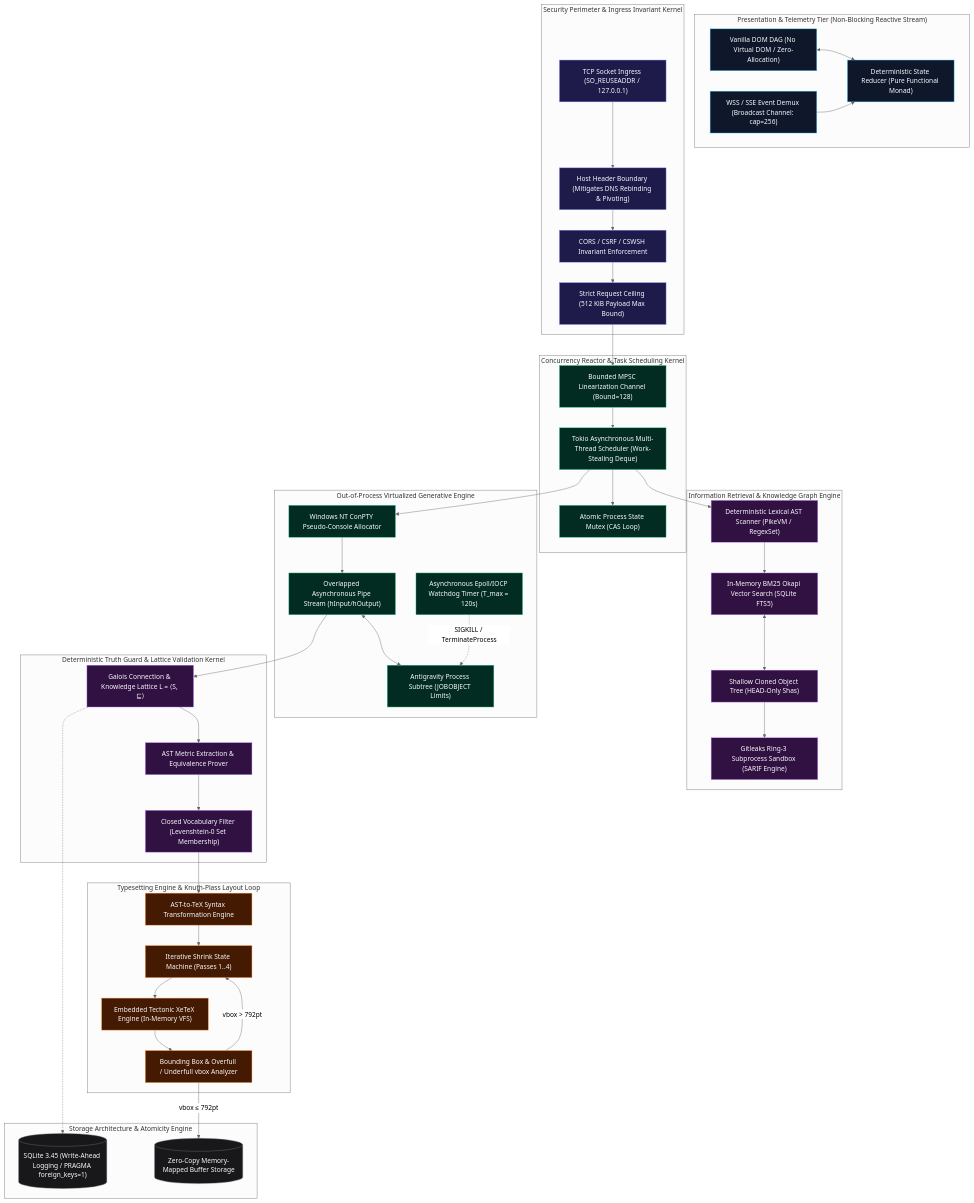
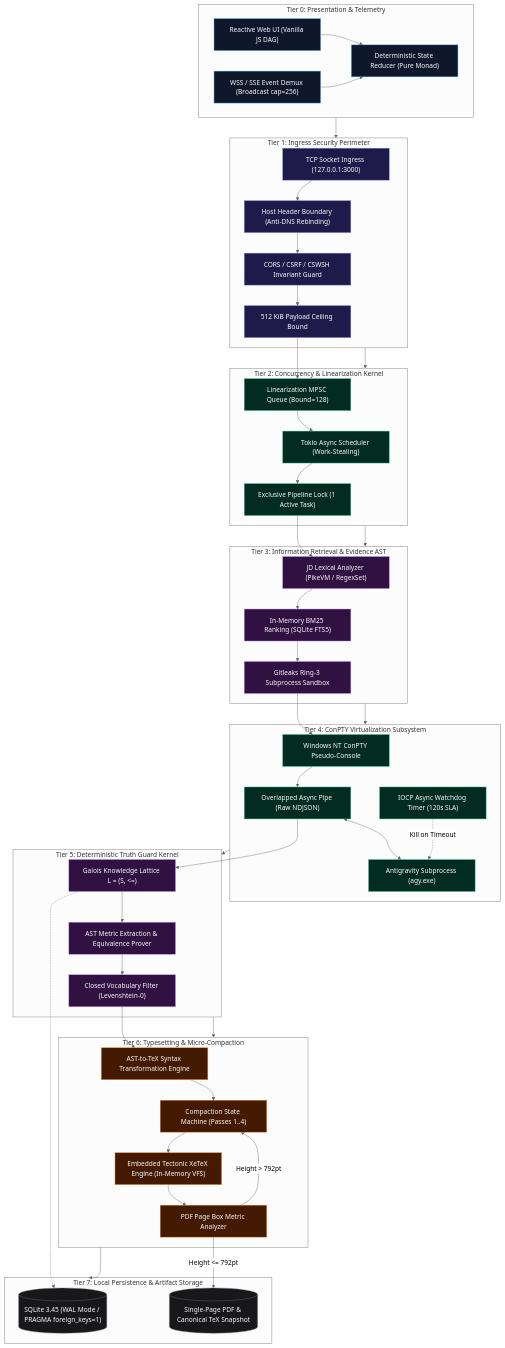
Before and after one commit to DevKano98/ResumeForge: the first of 6 diagrams in README.md, drawn with Mermaid (neutral theme). The commit also changed other lines of this file, not shown here.

Commit message:
docs: restructure all Mermaid diagrams into vertical mobile-first pipelines with ASCII labels

````diff
--- a/README.md
+++ b/README.md
@@ -12,75 +12,80 @@
 ```mermaid
 flowchart TD
     classDef client fill:#0f172a,stroke:#38bdf8,stroke-width:1px,color:#f8fafc;
     classDef ingress fill:#1e1b4b,stroke:#818cf8,stroke-width:1px,color:#f8fafc;
     classDef runtime fill:#022c22,stroke:#34d399,stroke-width:1px,color:#f8fafc;
     classDef engine fill:#311042,stroke:#c084fc,stroke-width:1px,color:#f8fafc;
     classDef typeset fill:#451a03,stroke:#fb923c,stroke-width:1px,color:#f8fafc;
     classDef storage fill:#18181b,stroke:#71717a,stroke-width:1px,color:#f8fafc;
 
-    subgraph Tier0 ["Presentation & Telemetry Tier (Non-Blocking Reactive Stream)"]
-        SPA["Vanilla DOM DAG (No Virtual DOM / Zero-Allocation)"]:::client
-        SSEBus["WSS / SSE Event Demux (Broadcast Channel: cap=256)"]:::client
-        Reducer["Deterministic State Reducer (Pure Functional Monad)"]:::client
-        SPA <--> Reducer
-        SSEBus --> Reducer
+    subgraph T0 ["Tier 0: Presentation & Telemetry"]
+        UI["Reactive Web UI (Vanilla JS DAG)"]:::client
+        SSE["WSS / SSE Event Demux (Broadcast cap=256)"]:::client
+        Reducer["Deterministic State Reducer (Pure Monad)"]:::client
+        UI --> Reducer
+        SSE --> Reducer
     end
 
-    subgraph Tier1 ["Security Perimeter & Ingress Invariant Kernel"]
-        SocketIngress["TCP Socket Ingress (SO_REUSEADDR / 127.0.0.1)"]:::ingress
-        HostValidation["Host Header Boundary (Mitigates DNS Rebinding & Pivoting)"]:::ingress
-        OriginVerification["CORS / CSRF / CSWSH Invariant Enforcement"]:::ingress
-        BufferFloor["Strict Request Ceiling (512 KiB Payload Max Bound)"]:::ingress
-        SocketIngress --> HostValidation --> OriginVerification --> BufferFloor
+    subgraph T1 ["Tier 1: Ingress Security Perimeter"]
+        Ingress["TCP Socket Ingress (127.0.0.1:3000)"]:::ingress
+        HostCheck["Host Header Boundary (Anti-DNS Rebinding)"]:::ingress
+        OriginCheck["CORS / CSRF / CSWSH Invariant Guard"]:::ingress
+        Ceiling["512 KiB Payload Ceiling Bound"]:::ingress
+        Ingress --> HostCheck --> OriginCheck --> Ceiling
     end
 
-    subgraph Tier2 ["Concurrency Reactor & Task Scheduling Kernel"]
-        WorkerPool["Tokio Asynchronous Multi-Thread Scheduler (Work-Stealing Deque)"]:::runtime
-        FIFOQueue["Bounded MPSC Linearization Channel (Bound=128)"]:::runtime
-        LockFreeMut["Atomic Process State Mutex (CAS Loop)"]:::runtime
-        BufferFloor --> FIFOQueue --> WorkerPool --> LockFreeMut
+    subgraph T2 ["Tier 2: Concurrency & Linearization Kernel"]
+        WorkerPool["Tokio Async Scheduler (Work-Stealing)"]:::runtime
+        Queue["Linearization MPSC Queue (Bound=128)"]:::runtime
+        WorkerToken["Exclusive Pipeline Lock (1 Active Task)"]:::runtime
+        Ceiling --> Queue --> WorkerPool --> WorkerToken
     end
 
-    subgraph Tier3 ["Information Retrieval & Knowledge Graph Engine"]
-        JDTokenizer["Deterministic Lexical AST Scanner (PikeVM / RegexSet)"]:::engine
-        FTS5Engine["In-Memory BM25 Okapi Vector Search (SQLite FTS5)"]:::engine
-        SecretScanner["Gitleaks Ring-3 Subprocess Sandbox (SARIF Engine)"]:::engine
-        RepoCache["Shallow Cloned Object Tree (HEAD-Only Shas)"]:::engine
-        WorkerPool --> JDTokenizer --> FTS5Engine
-        FTS5Engine <--> RepoCache
-        RepoCache --> SecretScanner
+    subgraph T3 ["Tier 3: Information Retrieval & Evidence AST"]
+        JDToken["JD Lexical Analyzer (PikeVM / RegexSet)"]:::engine
+        BM25["In-Memory BM25 Ranking (SQLite FTS5)"]:::engine
+        GitleaksScan["Gitleaks Ring-3 Subprocess Sandbox"]:::engine
+        WorkerToken --> JDToken --> BM25 --> GitleaksScan
     end
 
-    subgraph Tier4 ["Out-of-Process Virtualized Generative Engine"]
-        ConPtyCore["Windows NT ConPTY Pseudo-Console Allocator"]:::runtime
-        AsyncPipe["Overlapped Asynchronous Pipe Stream (hInput/hOutput)"]:::runtime
-        AgySubprocess["Antigravity Process Subtree (JOBOBJECT Limits)"]:::runtime
-        Watchdog["Asynchronous Epoll/IOCP Watchdog Timer (T_max = 120s)"]:::runtime
-        WorkerPool --> ConPtyCore --> AsyncPipe <--> AgySubprocess
-        Watchdog -.->|"SIGKILL / TerminateProcess"| AgySubprocess
+    subgraph T4 ["Tier 4: ConPTY Virtualization Subsystem"]
+        ConPTY["Windows NT ConPTY Pseudo-Console"]:::runtime
+        AsyncPipe["Overlapped Async Pipe (Raw NDJSON)"]:::runtime
+        ChildProcess["Antigravity Subprocess (agy.exe)"]:::runtime
+        Watchdog["IOCP Async Watchdog Timer (120s SLA)"]:::runtime
+        GitleaksScan --> ConPTY --> AsyncPipe <--> ChildProcess
+        Watchdog -.->|"Kill on Timeout"| ChildProcess
     end
 
-    subgraph Tier5 ["Deterministic Truth Guard & Lattice Validation Kernel"]
-        ProofLattice["Galois Connection & Knowledge Lattice L = ⟨S, ⊑⟩"]:::engine
-        MetricsGuard["AST Metric Extraction & Equivalence Prover"]:::engine
-        VocabGuard["Closed Vocabulary Filter (Levenshtein-0 Set Membership)"]:::engine
-        AsyncPipe --> ProofLattice --> MetricsGuard --> VocabGuard
+    subgraph T5 ["Tier 5: Deterministic Truth Guard Kernel"]
+        ProofLattice["Galois Knowledge Lattice L = (S, <=)"]:::engine
+        MetricGuard["AST Metric Extraction & Equivalence Prover"]:::engine
+        VocabFilter["Closed Vocabulary Filter (Levenshtein-0)"]:::engine
+        AsyncPipe --> ProofLattice --> MetricGuard --> VocabFilter
     end
 
-    subgraph Tier6 ["Typesetting Engine & Knuth-Plass Layout Loop"]
-        ASTHydration["AST-to-TeX Syntax Transformation Engine"]:::typeset
-        TectonicKernel["Embedded Tectonic XeTeX Engine (In-Memory VFS)"]:::typeset
-        PageAnalyzer["Bounding Box & Overfull / Underfull vbox Analyzer"]:::typeset
-        MicroCompaction["Iterative Shrink State Machine (Passes 1..4)"]:::typeset
-        VocabGuard --> ASTHydration --> MicroCompaction
-        MicroCompaction --> TectonicKernel --> PageAnalyzer
-        PageAnalyzer -- "vbox > 792pt" --> MicroCompaction
+    subgraph T6 ["Tier 6: Typesetting & Micro-Compaction"]
+        ASTHydrate["AST-to-TeX Syntax Transformation Engine"]:::typeset
+        TectonicEngine["Embedded Tectonic XeTeX Engine (In-Memory VFS)"]:::typeset
+        BoxCheck["PDF Page Box Metric Analyzer"]:::typeset
+        CompactionSM["Compaction State Machine (Passes 1..4)"]:::typeset
+        VocabFilter --> ASTHydrate --> CompactionSM
+        CompactionSM --> TectonicEngine --> BoxCheck
+        BoxCheck -- "Height > 792pt" --> CompactionSM
     end
 
-    subgraph Tier7 ["Storage Architecture & Atomicity Engine"]
-        SQLiteEngine[("SQLite 3.45 (Write-Ahead Logging / PRAGMA foreign_keys=1)")]:::storage
-        ArtifactStore[("Zero-Copy Memory-Mapped Buffer Storage")]:::storage
-        PageAnalyzer -- "vbox ≤ 792pt" --> ArtifactStore
-        ProofLattice -.-> SQLiteEngine
+    subgraph T7 ["Tier 7: Local Persistence & Artifact Storage"]
+        SQLiteDB[("SQLite 3.45 (WAL Mode / PRAGMA foreign_keys=1)")]:::storage
+        DiskArtifact[("Single-Page PDF & Canonical TeX Snapshot")]:::storage
+        BoxCheck -- "Height <= 792pt" --> DiskArtifact
+        ProofLattice -.-> SQLiteDB
     end
+
+    T0 --> T1
+    T1 --> T2
+    T2 --> T3
+    T3 --> T4
+    T4 --> T5
+    T5 --> T6
+    T6 --> T7
 ```
````
